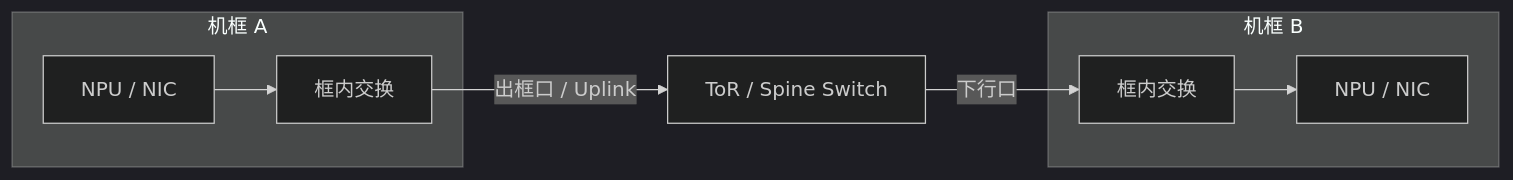
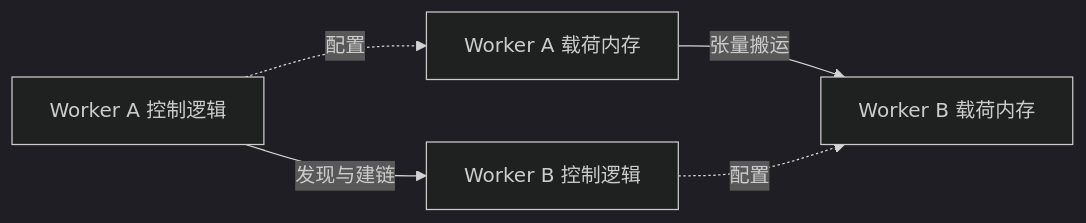
The diagram in docs/zh/infra/network-planes.md (nbbb24/KeyNotes), drawn with Mermaid (dark theme) before and after one commit. The commit also changed other lines of this file and 157 other files, not shown here.

````diff
--- a/docs/zh/infra/network-planes.md
+++ b/docs/zh/infra/network-planes.md
@@ -39,15 +20,7 @@
 ```mermaid
 flowchart LR
-    subgraph ChassisA[机框 A]
-        NPUA[NPU / NIC]
-        SWA[框内交换]
-        NPUA --> SWA
-    end
-    SWA -->|出框口 / Uplink| TOR[ToR / Spine Switch]
-    TOR -->|下行口| SWB
-    subgraph ChassisB[机框 B]
-        SWB[框内交换]
-        NPUB[NPU / NIC]
-        SWB --> NPUB
-    end
+    A[Worker A 控制逻辑] -->|发现与建链| B[Worker B 控制逻辑]
+    C[Worker A 载荷内存] -->|张量搬运| D[Worker B 载荷内存]
+    A -. 配置 .-> C
+    B -. 配置 .-> D
 ```
````
